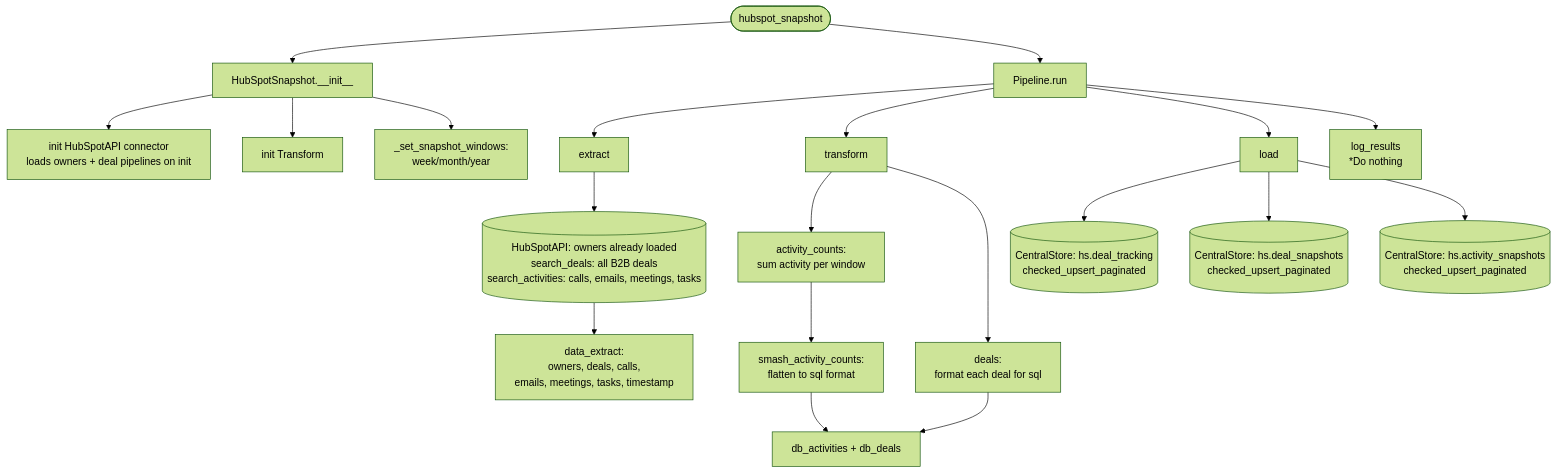
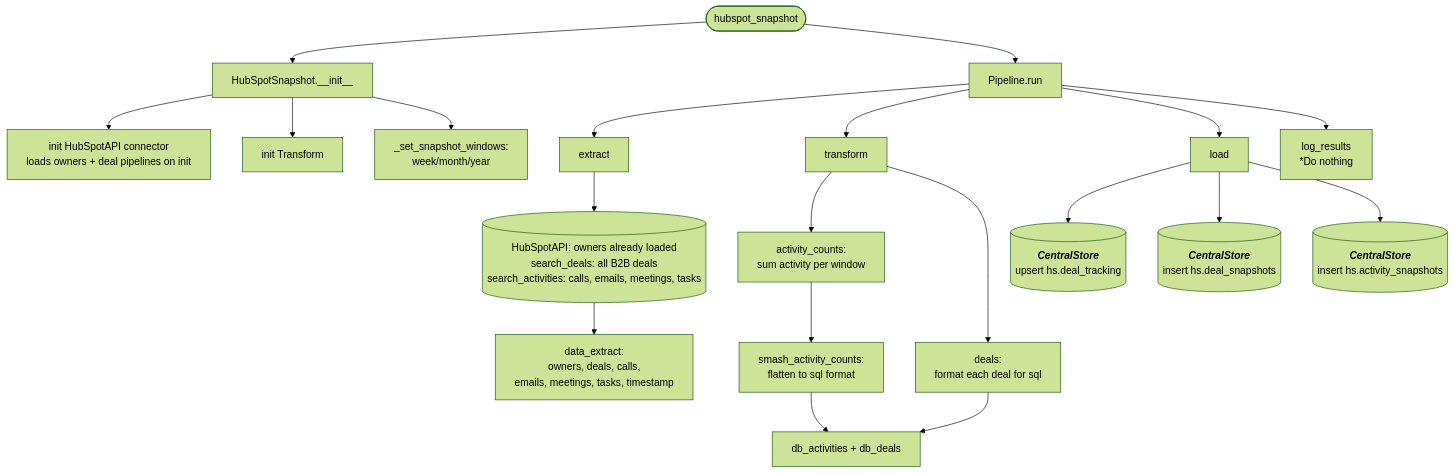
Before and after one commit to journeyhl/integration-platform: the diagram in docs/pipelines/hubspot_snapshot.md, drawn with Mermaid (forest theme). The commit also changed 25 other files, not shown here.

````diff
--- a/docs/pipelines/hubspot_snapshot.md
+++ b/docs/pipelines/hubspot_snapshot.md
@@ -1,33 +1,42 @@
 ```mermaid
 %%{init: {"flowchart": {"wrappingWidth": 400}}}%%
 flowchart TD
     A([hubspot_snapshot]) --> B[HubSpotSnapshot.__init__]
     B --> B1[init HubSpotAPI connector<br/>loads owners + deal pipelines on init]
     B --> B2[init Transform]
     B --> B3[_set_snapshot_windows:
      week/month/year]
     A --> RUN[Pipeline.run]
 
     RUN --> EX[extract]
     EX --> HS[(HubSpotAPI: owners already loaded
     search_deals: all B2B deals
     search_activities: calls, emails, meetings, tasks)]
     HS --> EX_OUT[data_extract:
     owners, deals, calls,<br/>emails, meetings, tasks, timestamp]
 
     RUN --> TR[transform]
     TR --> T1[activity_counts: 
     sum activity per window ]
     T1 --> T2[smash_activity_counts: 
     flatten to sql format]
     TR --> T3[deals: 
     format each deal for sql]
     T2 & T3 --> TR_OUT[db_activities + db_deals]
 
     RUN --> LD[load]
-    LD --> CS1[(CentralStore: hs.deal_tracking<br/>checked_upsert_paginated)]
-    LD --> CS2[(CentralStore: hs.deal_snapshots<br/>checked_upsert_paginated)]
-    LD --> CS3[(CentralStore: hs.activity_snapshots<br/>checked_upsert_paginated)]
+    LD --> CS1[(
+        <b><i>CentralStore</i></b>
+        upsert hs.deal_tracking
+    )]
+    LD --> CS2[(
+        <b><i>CentralStore</i></b>
+        insert hs.deal_snapshots
+    )]
+    LD --> CS3[(
+        <b><i>CentralStore</i></b>
+        insert hs.activity_snapshots
+    )]
 
     RUN --> LR[log_results<br/>*Do nothing]
 ```
````
